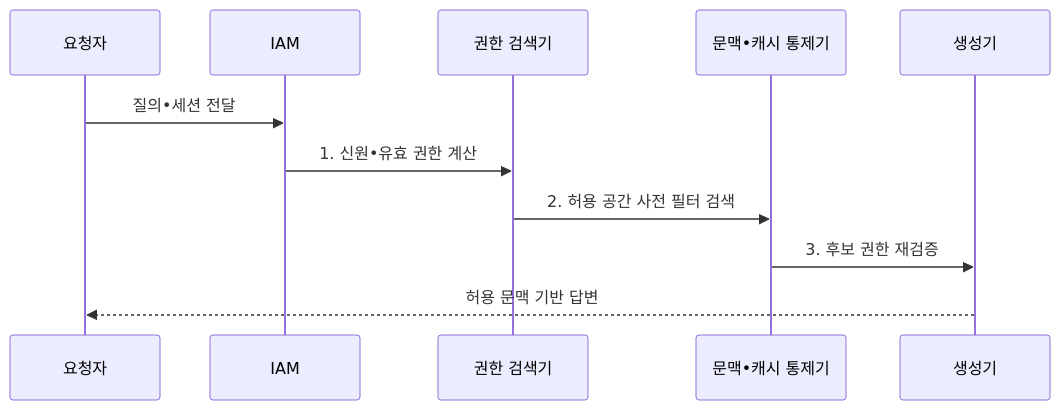
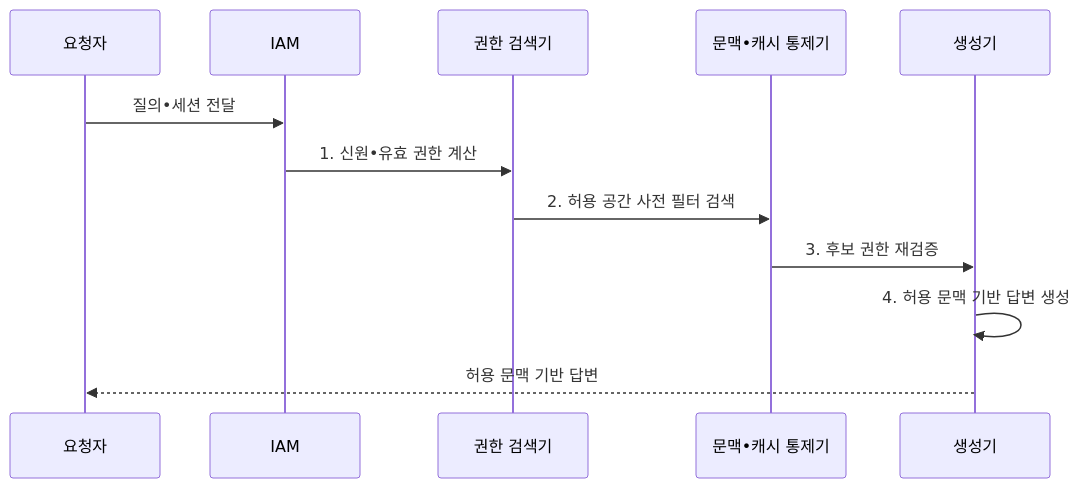
Before and after one commit to agnusdei1207/knowledge-base: the second of 2 diagrams in src/content/docs/notes/08-latest-tech/085_permission_aware_rag.md, drawn with Mermaid. The commit also changed other lines of this file and 13 other files, not shown here.

````diff
--- a/src/content/docs/notes/08-latest-tech/085_permission_aware_rag.md
+++ b/src/content/docs/notes/08-latest-tech/085_permission_aware_rag.md
@@ -104,13 +104,14 @@
 ```mermaid
 sequenceDiagram
     participant U as 요청자
     participant I as IAM
     participant R as 권한 검색기
     participant C as 문맥•캐시 통제기
     participant G as 생성기
     U->>I: 질의•세션 전달
     I->>R: 1. 신원•유효 권한 계산
     R->>C: 2. 허용 공간 사전 필터 검색
     C->>G: 3. 후보 권한 재검증
+    G->>G: 4. 허용 문맥 기반 답변 생성
     G-->>U: 허용 문맥 기반 답변
 ```
````
